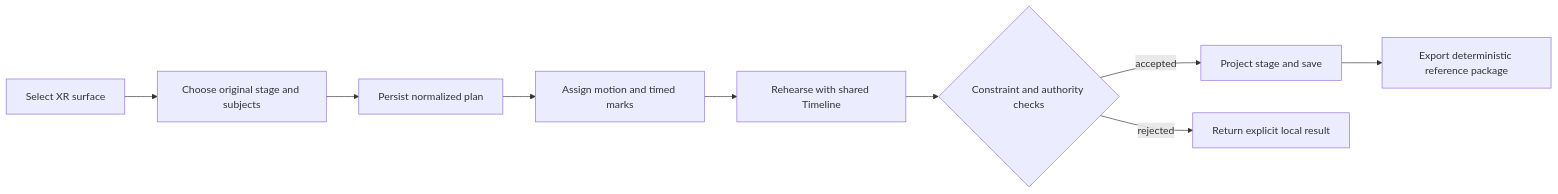
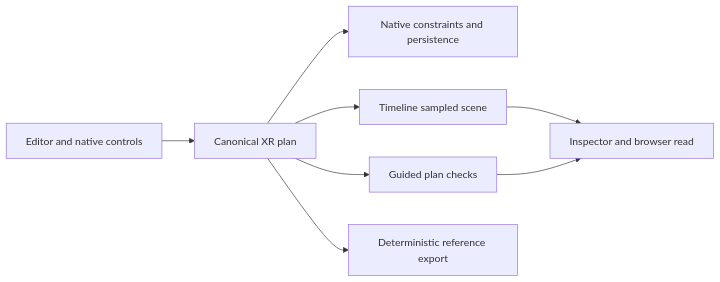
One commit to huijoohwee/agentic-graph changed the diagram in docs/documents/agentic-graph-choreography-studio-prd-tad-adr-mvp-gtm.md. Above: the diagram before and after it, drawn with Mermaid. The commit also changed other lines of this file, not shown here.

First line of the commit message:
docs: ground Studio persistence and acceptance evidence (#1225)

````diff
--- a/docs/documents/agentic-graph-choreography-studio-prd-tad-adr-mvp-gtm.md
+++ b/docs/documents/agentic-graph-choreography-studio-prd-tad-adr-mvp-gtm.md
@@ -111,11 +157,10 @@
 ```mermaid
 flowchart LR
-  A[Select XR surface] --> B[Choose original stage and subjects]
-  B --> C[Persist normalized plan]
-  C --> D[Assign motion and timed marks]
-  D --> E[Rehearse with shared Timeline]
-  E --> F{Constraint and authority checks}
-  F -->|accepted| G[Project stage and save]
-  F -->|rejected| H[Return explicit local result]
-  G --> I[Export deterministic reference package]
+  A[Editor and native controls] --> B[Canonical XR plan]
+  B --> C[Native constraints and persistence]
+  B --> D[Timeline sampled scene]
+  D --> E[Inspector and browser read]
+  B --> F[Guided plan checks]
+  F --> E
+  B --> G[Deterministic reference export]
 ```
````
